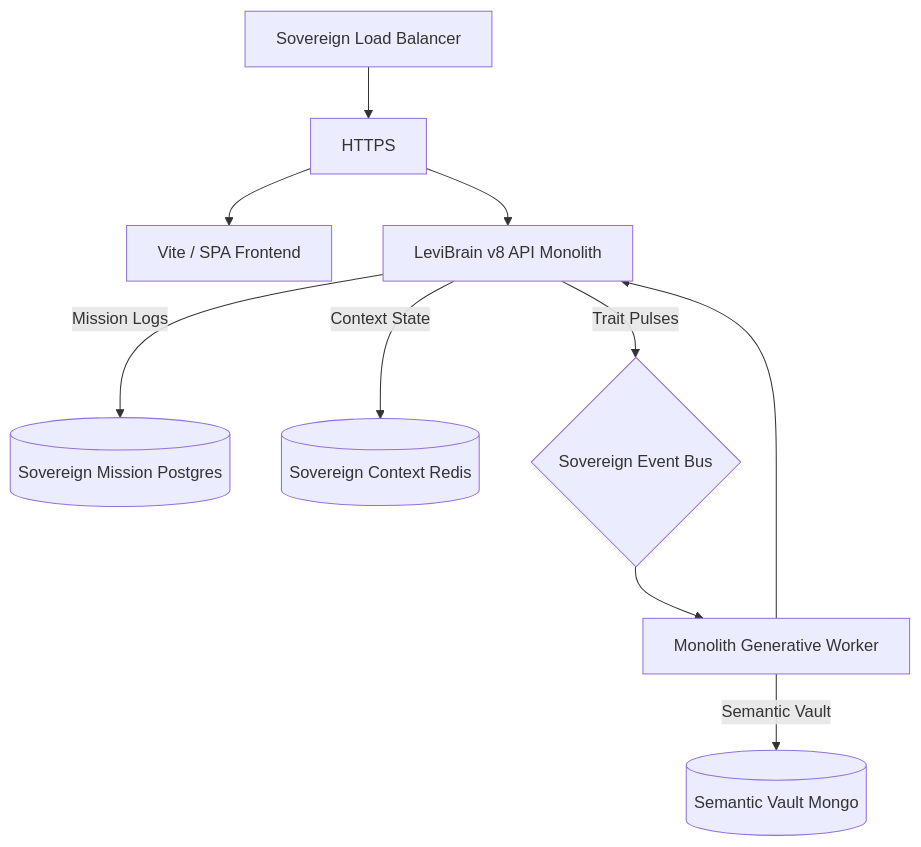
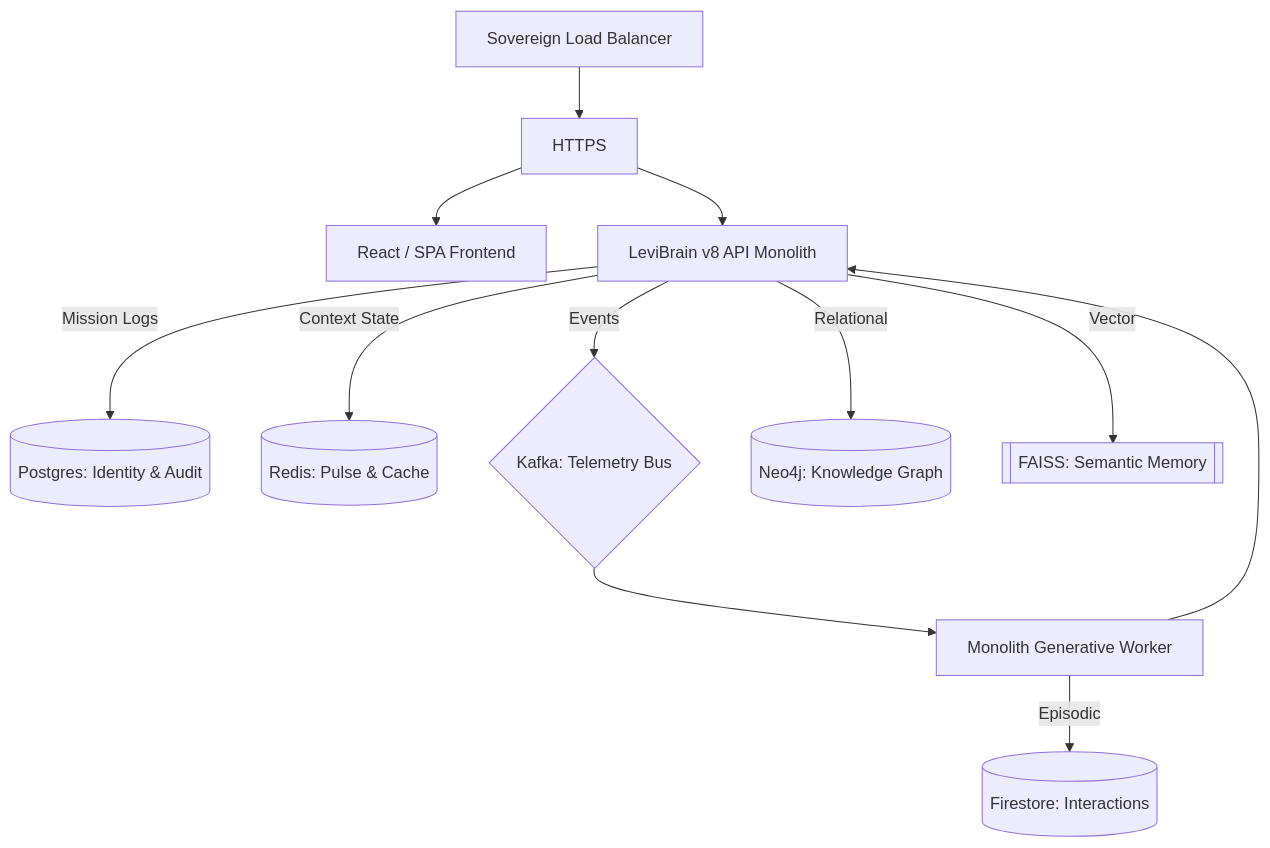
One commit to Blackdrg/levi-ai-innovate changed the diagram in docs/DEPLOYMENT.md. Above: the diagram before and after it, drawn with Mermaid. The commit also changed other lines of this file and 122 other files, not shown here.

````diff
--- a/docs/DEPLOYMENT.md
+++ b/docs/DEPLOYMENT.md
@@ -13,14 +13,17 @@
 ```mermaid
 graph TD
     LB[Sovereign Load Balancer] --> HTTPS
-    HTTPS --> Web[Vite / SPA Frontend]
+    HTTPS --> Web[React / SPA Frontend]
     HTTPS --> V8[LeviBrain v8 API Monolith]
     
-    V8 -->|Mission Logs| Postgres[(Sovereign Mission Postgres)]
-    V8 -->|Context State| Redis[(Sovereign Context Redis)]
-    V8 -->|Trait Pulses| Kafka{Sovereign Event Bus}
+    %% Service Fabric
+    V8 -->|Mission Logs| Postgres[(Postgres: Identity & Audit)]
+    V8 -->|Context State| Redis[(Redis: Pulse & Cache)]
+    V8 -->|Events| Kafka{Kafka: Telemetry Bus}
+    V8 -->|Relational| Neo4j[(Neo4j: Knowledge Graph)]
+    V8 -->|Vector| FAISS[[FAISS: Semantic Memory]]
     
     Kafka --> Worker[Monolith Generative Worker]
     Worker --> V8
-    Worker -->|Semantic Vault| Mongo[(Semantic Vault Mongo)]
+    Worker -->|Episodic| Firestore[(Firestore: Interactions)]
 ```
````
